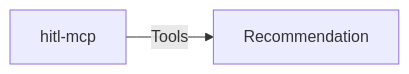
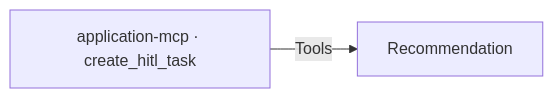
Before and after one commit to vmleon/oracle-database-private-agent-factory-poc: diagram 14 of 21 in paf/flows/CHAT_FLOW.md, drawn with Mermaid. The commit also changed other lines of this file and 21 other files, not shown here.

````diff
--- a/paf/flows/CHAT_FLOW.md
+++ b/paf/flows/CHAT_FLOW.md
@@ -441,4 +441,4 @@
 ```mermaid
 flowchart LR
-    HM["hitl-mcp"] -->|Tools| SR["Recommendation"]
+    HM["application-mcp · create_hitl_task"] -->|Tools| SR["Recommendation"]
 ```
````
